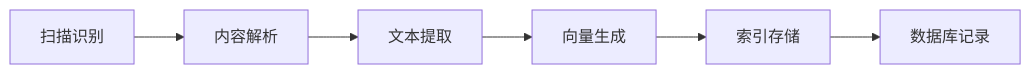
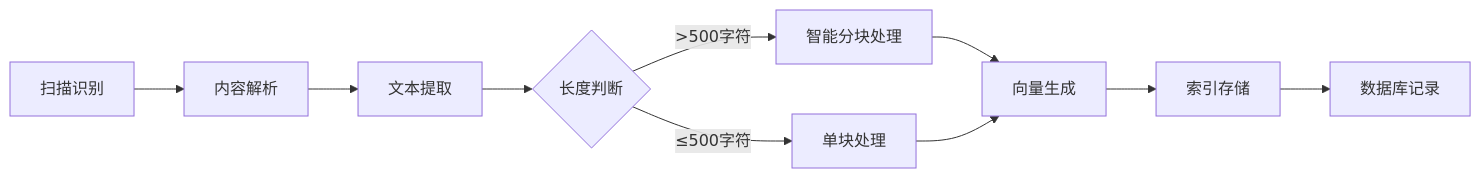
The second of 7 diagrams in docs/索引构建逻辑.md (jidingliu/xiaoyaosearch), drawn with Mermaid before and after one commit. The commit also changed other lines of this file and 4 other files, not shown here.

````diff
--- a/docs/索引构建逻辑.md
+++ b/docs/索引构建逻辑.md
@@ -47,8 +73,13 @@
 ```mermaid
 graph LR
     A[扫描识别] --> B[内容解析]
     B --> C[文本提取]
-    C --> D[向量生成]
-    D --> E[索引存储]
-    E --> F[数据库记录]
+    C --> D{长度判断}
+    D -->|≤500字符| E[单块处理]
+    D -->|>500字符| F[智能分块处理]
+    F --> G[向量生成]
+    G --> H[索引存储]
+    H --> I[数据库记录]
+
+    E --> G
 ```
````
